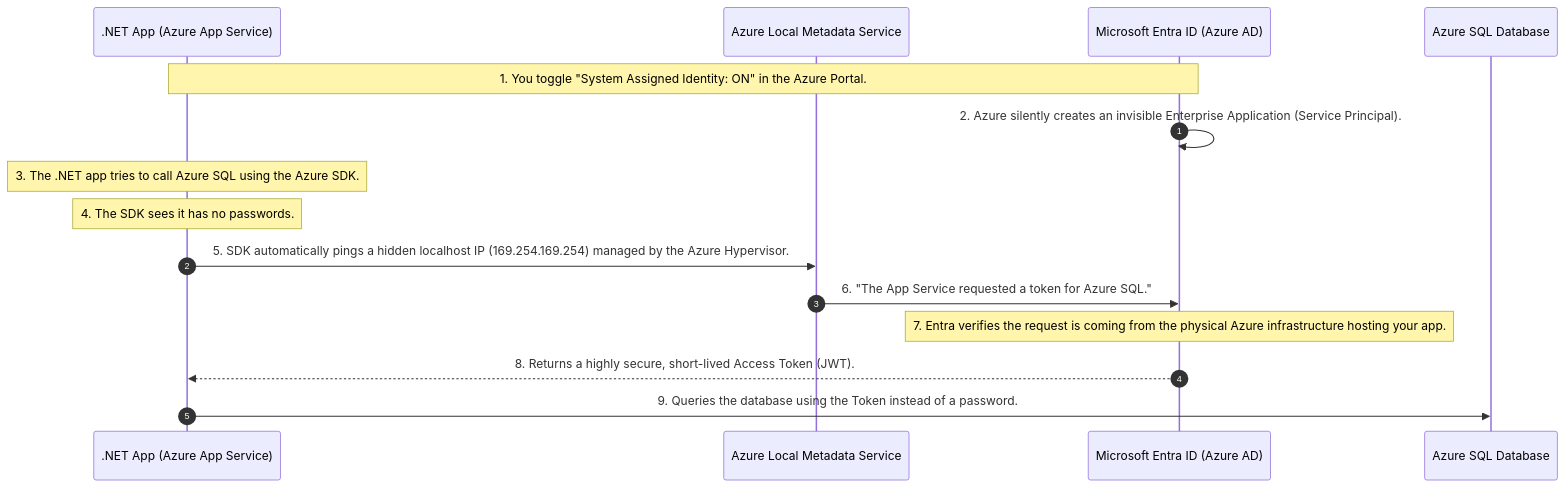
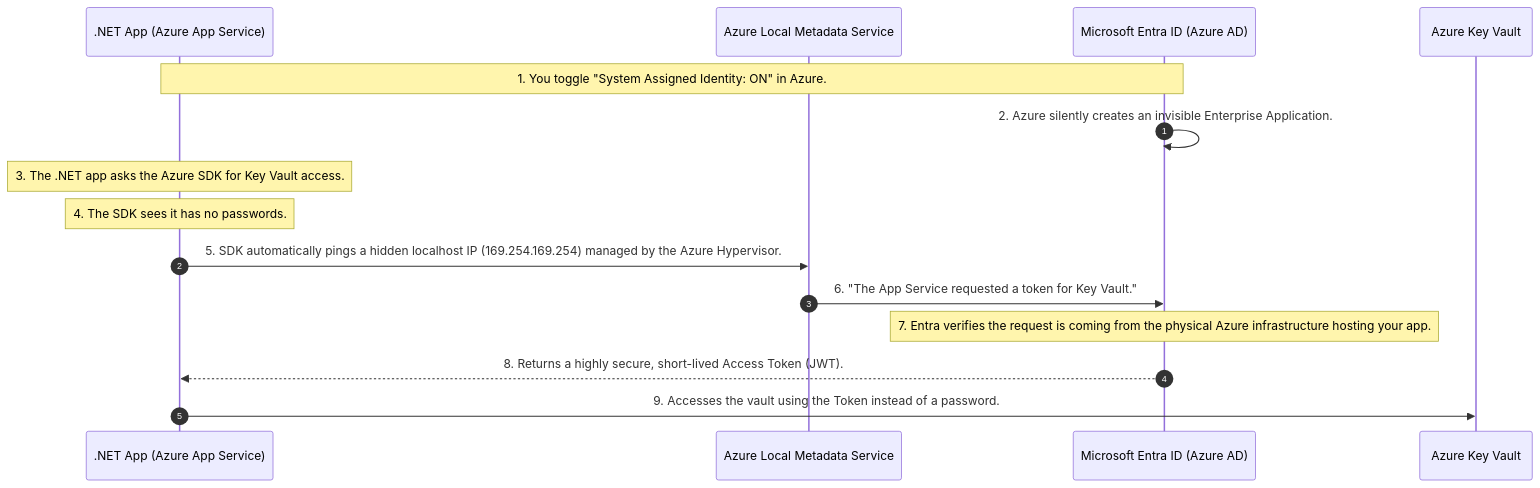
One commit to nirajp82/IdentityAccessManagement_IAM changed the fourth of 4 diagrams in Quiz/05_machine_to_machine_m2m_and_workload_identity.md. Above: the diagram before and after it, drawn with Mermaid. The commit also changed other lines of this file, not shown here.

````diff
--- a/Quiz/05_machine_to_machine_m2m_and_workload_identity.md
+++ b/Quiz/05_machine_to_machine_m2m_and_workload_identity.md
@@ -310,23 +245,23 @@
 ```mermaid
 sequenceDiagram
     autonumber
     participant App as .NET App (Azure App Service)
     participant LocalHost as Azure Local Metadata Service
     participant Entra as Microsoft Entra ID (Azure AD)
-    participant SQL as Azure SQL Database
+    participant Vault as Azure Key Vault
 
-    Note over App,Entra: 1. You toggle "System Assigned Identity: ON" in the Azure Portal.
-    Entra->>Entra: 2. Azure silently creates an invisible Enterprise Application (Service Principal).
+    Note over App,Entra: 1. You toggle "System Assigned Identity: ON" in Azure.
+    Entra->>Entra: 2. Azure silently creates an invisible Enterprise Application.
     
-    Note over App: 3. The .NET app tries to call Azure SQL using the Azure SDK.
+    Note over App: 3. The .NET app asks the Azure SDK for Key Vault access.
     Note over App: 4. The SDK sees it has no passwords.
     
     App->>LocalHost: 5. SDK automatically pings a hidden localhost IP (169.254.169.254) managed by the Azure Hypervisor.
-    LocalHost->>Entra: 6. "The App Service requested a token for Azure SQL."
+    LocalHost->>Entra: 6. "The App Service requested a token for Key Vault."
     
     Note over Entra: 7. Entra verifies the request is coming from the physical Azure infrastructure hosting your app.
     Entra-->>App: 8. Returns a highly secure, short-lived Access Token (JWT).
     
-    App->>SQL: 9. Queries the database using the Token instead of a password.
+    App->>Vault: 9. Accesses the vault using the Token instead of a password.
 
 ```
````
